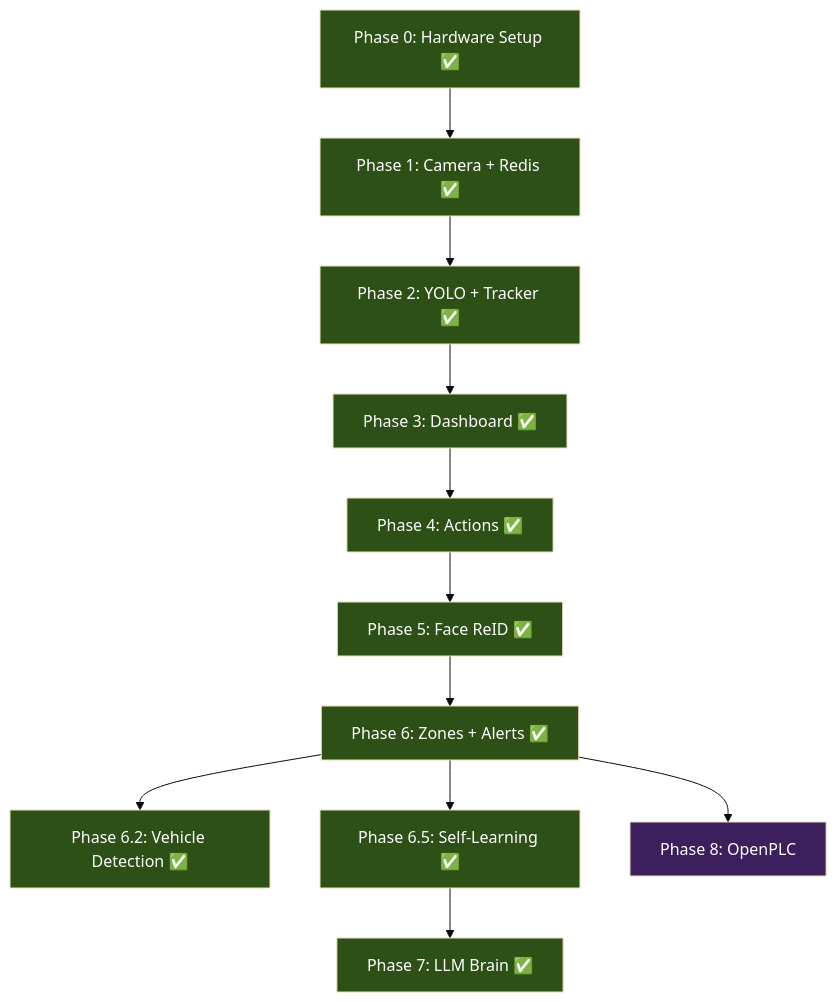
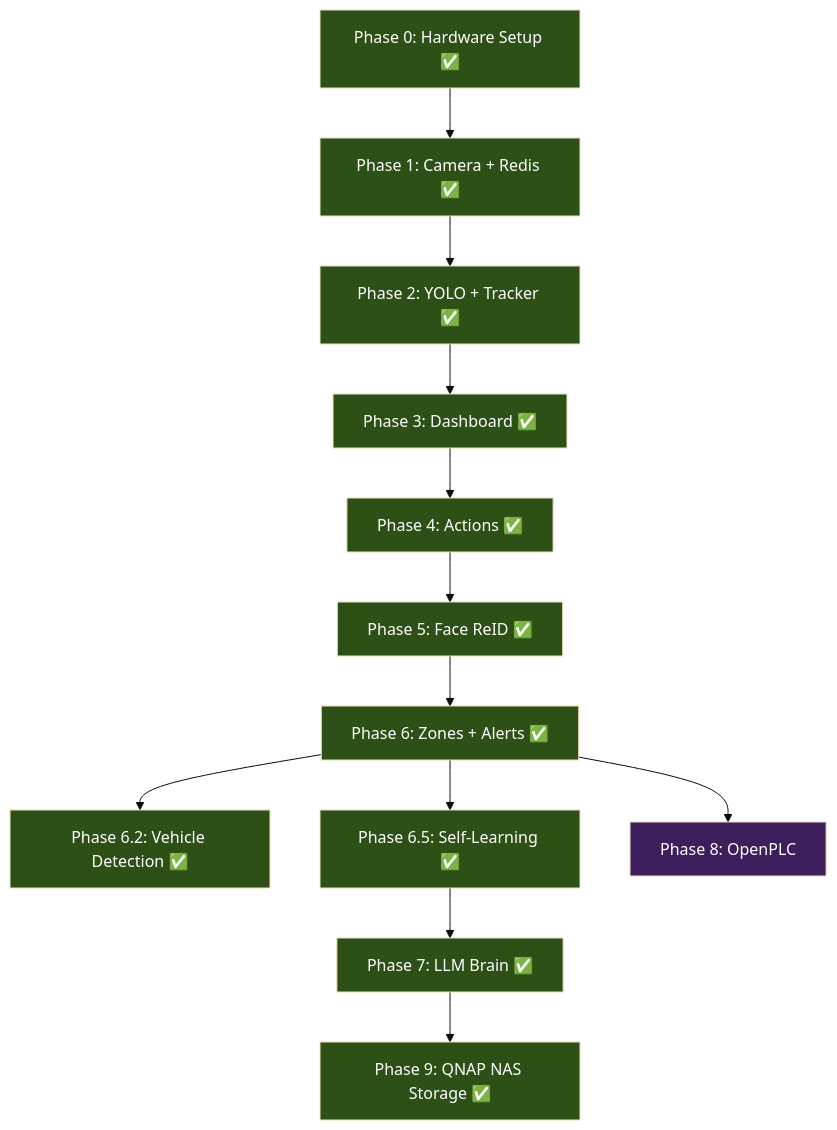
One commit to gammahazard/vision-labs-v1 changed the diagram in v2.md. Above: the diagram before and after it, drawn with Mermaid (base theme). The commit also changed other lines of this file and 7 other files, not shown here.

First line of the commit message:
Phase 9: DVR recording + QNAP NAS storage + event journal + Telegram audit trail

````diff
--- a/v2.md
+++ b/v2.md
@@ -1117,25 +1174,27 @@
 ```mermaid
 graph TD
     P0["Phase 0: Hardware Setup ✅"] --> P1["Phase 1: Camera + Redis ✅"]
     P1 --> P2["Phase 2: YOLO + Tracker ✅"]
     P2 --> P3["Phase 3: Dashboard ✅"]
     P3 --> P4["Phase 4: Actions ✅"]
     P4 --> P5["Phase 5: Face ReID ✅"]
     P5 --> P6["Phase 6: Zones + Alerts ✅"]
     P6 --> P6_2["Phase 6.2: Vehicle Detection ✅"]
     P6 --> P6_5["Phase 6.5: Self-Learning ✅"]
     P6_5 --> P7["Phase 7: LLM Brain ✅"]
+    P7 --> P9["Phase 9: QNAP NAS Storage ✅"]
     P6 --> P8["Phase 8: OpenPLC"]
 
     style P0 fill:#2d5016,color:#fff
     style P1 fill:#2d5016,color:#fff
     style P2 fill:#2d5016,color:#fff
     style P3 fill:#2d5016,color:#fff
     style P4 fill:#2d5016,color:#fff
     style P5 fill:#2d5016,color:#fff
     style P6 fill:#2d5016,color:#fff
     style P6_2 fill:#2d5016,color:#fff
     style P6_5 fill:#2d5016,color:#fff
     style P7 fill:#2d5016,color:#fff
+    style P9 fill:#2d5016,color:#fff
     style P8 fill:#3c1f5c,color:#fff
 ```
````
